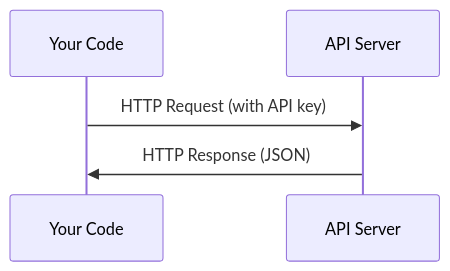
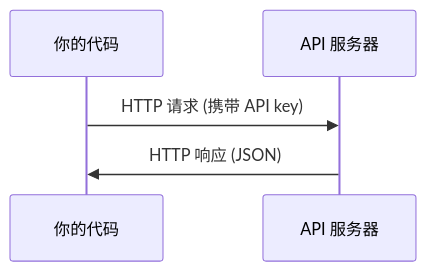
The diagram in phases/00-setup-and-tooling/04-apis-and-keys/docs/zh.md (alessandrodinisio-ai/ai-engineering-learning-framework), drawn with Mermaid before and after one commit. The commit also changed 120 other files, not shown here.

First line of the commit message:
i18n(mermaid): 337 个 mermaid 图表标签中文化

````diff
--- a/phases/00-setup-and-tooling/04-apis-and-keys/docs/zh.md
+++ b/phases/00-setup-and-tooling/04-apis-and-keys/docs/zh.md
@@ -23,7 +23,7 @@
 ```mermaid
 sequenceDiagram
-    participant C as Your Code
-    participant S as API Server
-    C->>S: HTTP Request (with API key)
-    S->>C: HTTP Response (JSON)
+    participant C as 你的代码
+    participant S as API 服务器
+    C->>S: HTTP 请求 (携带 API key)
+    S->>C: HTTP 响应 (JSON)
 ```
````
